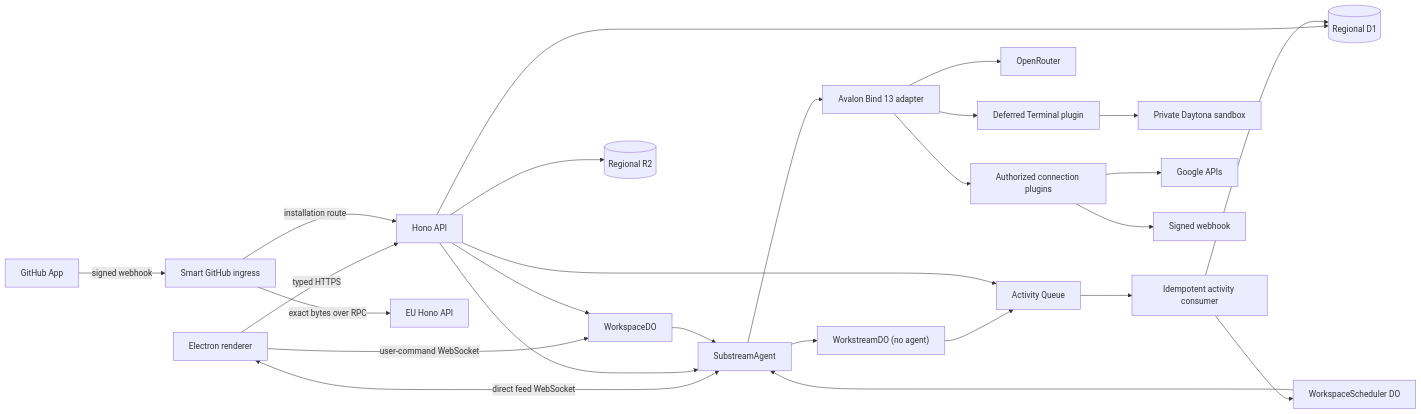
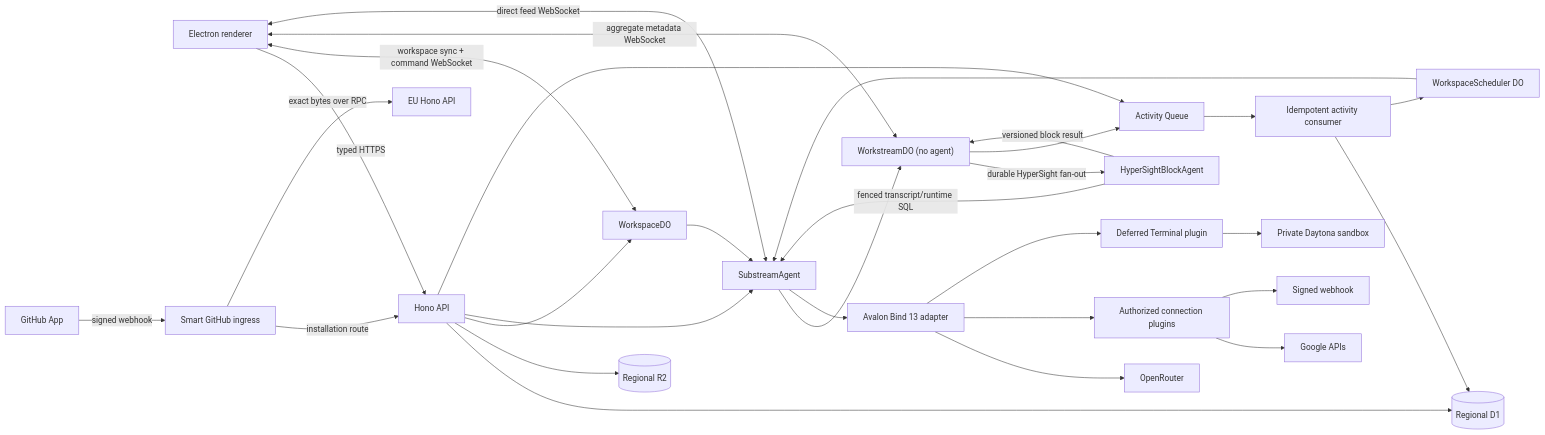
The diagram in docs/architecture.md (juno-ai-labs/avalon), drawn with Mermaid before and after one commit. The commit also changed other lines of this file and 83 other files, not shown here.

````diff
--- a/docs/architecture.md
+++ b/docs/architecture.md
@@ -77,28 +77,32 @@
 ```mermaid
 flowchart LR
   E["Electron renderer"] -->|"typed HTTPS"| H["Hono API"]
-  E -->|"user-command WebSocket"| WD["WorkspaceDO"]
+  E <-->|"workspace sync + command WebSocket"| WD["WorkspaceDO"]
+  E <-->|"aggregate metadata WebSocket"| WS["WorkstreamDO (no agent)"]
   E <-->|"direct feed WebSocket"| SA["SubstreamAgent"]
+  WS -->|"durable HyperSight fan-out"| HB["HyperSightBlockAgent"]
+  HB -->|"fenced transcript/runtime SQL"| SA
+  HB -->|"versioned block result"| WS
   H --> D[("Regional D1")]
   H --> B[("Regional R2")]
   H --> WD
   H --> SA
   WD --> SA
-  SA --> WS["WorkstreamDO (no agent)"]
+  SA --> WS
   WS --> Q
   H --> Q["Activity Queue"]
   GH["GitHub App"] -->|"signed webhook"| GI["Smart GitHub ingress"]
   GI -->|"installation route"| H
   GI -->|"exact bytes over RPC"| EH["EU Hono API"]
   Q --> C["Idempotent activity consumer"]
   C --> D
   C --> S["WorkspaceScheduler DO"]
   S --> SA
   SA --> A["Avalon Bind 13 adapter"]
   A --> O["OpenRouter"]
   A --> T["Authorized connection plugins"]
   A --> X["Deferred Terminal plugin"]
   X --> DT["Private Daytona sandbox"]
   T --> G["Google APIs"]
   T --> M["Signed webhook"]
 ```
````
